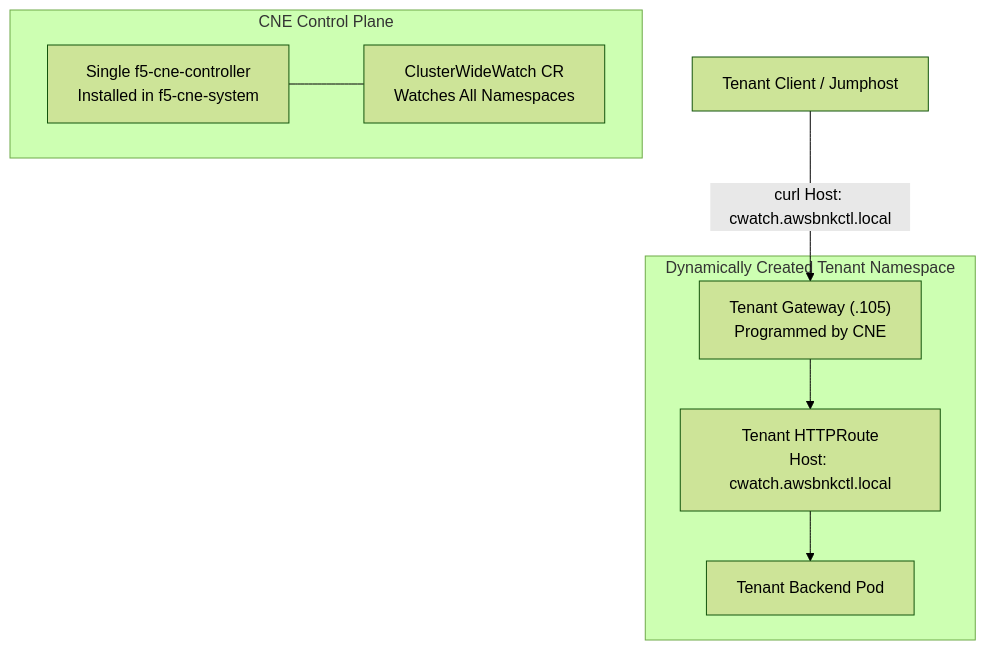
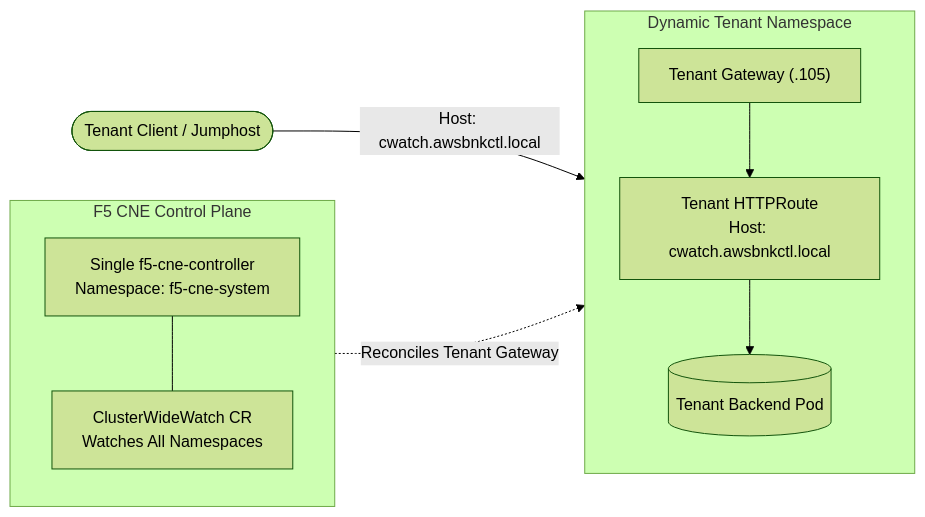
The eighth of 20 diagrams in docs/SCENARIOS.md (JLCode-tech/awsbnkctl), drawn with Mermaid (forest theme) before and after one commit. The commit also changed other lines of this file and 2 other files, not shown here.

Commit message:
docs: modernize diagrams and remove sales jargon

````diff
--- a/docs/SCENARIOS.md
+++ b/docs/SCENARIOS.md
@@ -191,17 +239,20 @@
 ```mermaid
-flowchart TD
-    subgraph ControllerPlane["CNE Control Plane"]
-        CNE["Single f5-cne-controller<br/>Installed in f5-cne-system"]
+flowchart LR
+    subgraph ControlPlane["F5 CNE Control Plane"]
+        direction TB
+        CNE["Single f5-cne-controller<br/>Namespace: f5-cne-system"]
         CWC["ClusterWideWatch CR<br/>Watches All Namespaces"]
         CNE --- CWC
     end
 
-    subgraph DynamicTenant["Dynamically Created Tenant Namespace"]
-        TenantGW["Tenant Gateway (.105)<br/>Programmed by CNE"]
-        TenantRoute["Tenant HTTPRoute<br/>Host: cwatch.awsbnkctl.local"]
-        TenantPod["Tenant Backend Pod"]
+    subgraph Tenant["Dynamic Tenant Namespace"]
+        direction TB
+        GW["Tenant Gateway (.105)"]
+        Route["Tenant HTTPRoute<br/>Host: cwatch.awsbnkctl.local"]
+        Pod[("Tenant Backend Pod")]
+        GW --> Route --> Pod
     end
 
-    Client["Tenant Client / Jumphost"] -->|curl Host: cwatch.awsbnkctl.local| TenantGW
-    TenantGW --> TenantRoute --> TenantPod
+    Client([Tenant Client / Jumphost]) -->|Host: cwatch.awsbnkctl.local| GW
+    CWC -.->|Reconciles Tenant Gateway| GW
 ```
````
